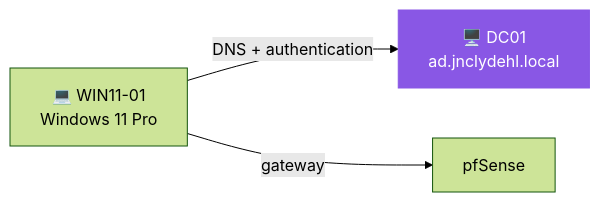
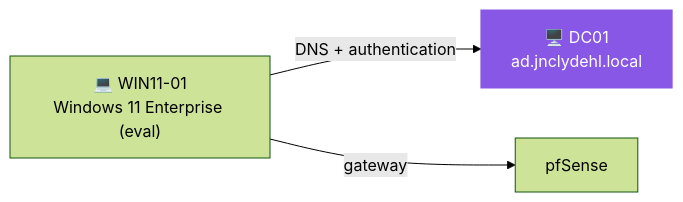
One commit to ClydeWasEjected/ClydeHomeLab changed the first of 2 diagrams in HomeLab/4 - Microsoft/WIN11-01.md. Above: the diagram before and after it, drawn with Mermaid (forest theme). The commit also changed other lines of this file and 8 other files, not shown here.

````diff
--- a/HomeLab/4 - Microsoft/WIN11-01.md
+++ b/HomeLab/4 - Microsoft/WIN11-01.md
@@ -8,7 +8,7 @@
 ```mermaid
 flowchart LR
-    w["💻 WIN11-01<br/>Windows 11 Pro"] -- "DNS + authentication" --> dc["🖥️ DC01<br/>ad.jnclydehl.local"]
+    w["💻 WIN11-01<br/>Windows 11 Enterprise (eval)"] -- "DNS + authentication" --> dc["🖥️ DC01<br/>ad.jnclydehl.local"]
     w -- "gateway" --> pf["pfSense"]
     classDef dcc fill:#8957e5,stroke:#8957e5,color:#fff
     class dc dcc
 ```
````
